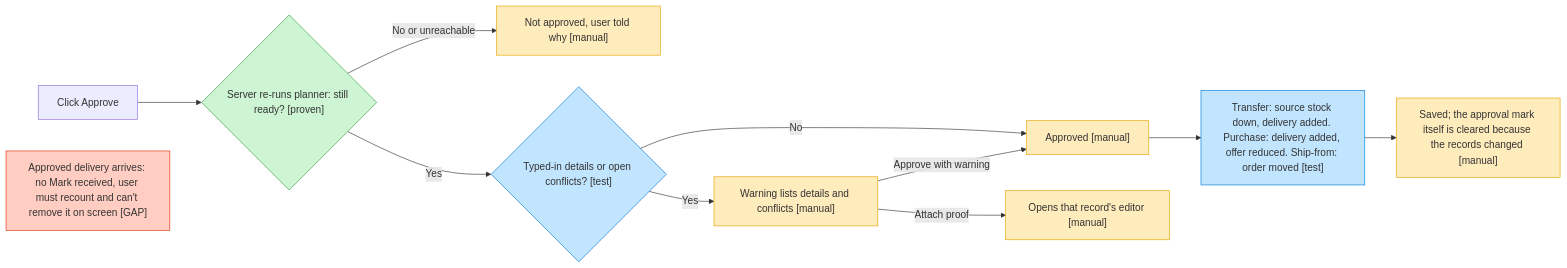
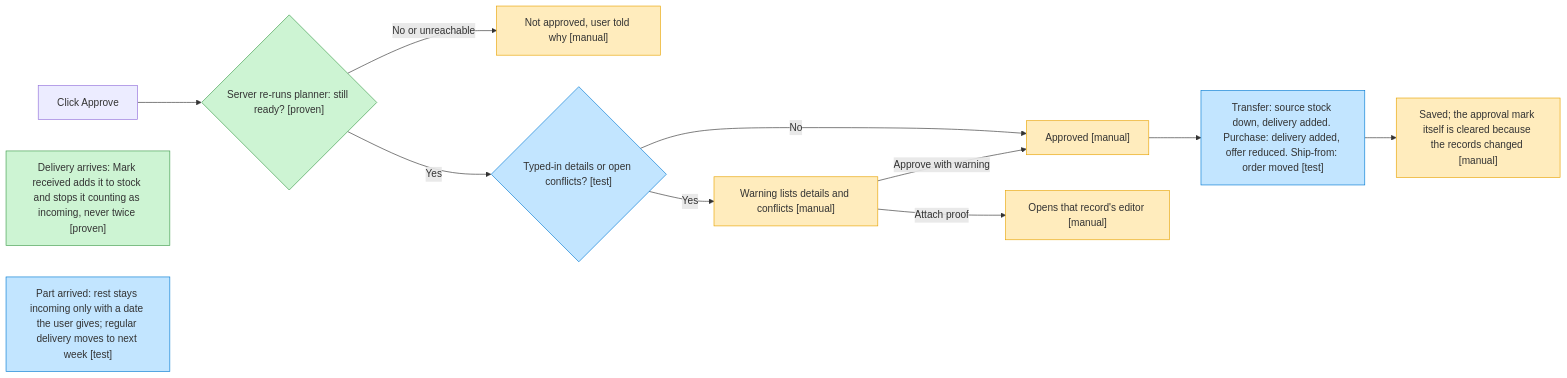
Before and after one commit to gouravhanumante/rehearsal-ai-builder-cup: the first of 7 diagrams in docs/07-bug-map.md, drawn with Mermaid. The commit also changed other lines of this file and 21 other files, not shown here.

Commit message:
Mark received (part arrived asks whether the rest is still coming and when; regular deliveries move to next week) and a read-only History of delays, approvals, receipts, orders, edits and imports

````diff
--- a/docs/07-bug-map.md
+++ b/docs/07-bug-map.md
@@ -16,21 +16,21 @@
 ```mermaid
 flowchart LR
   a["Click Approve"] --> s{"Server re-runs planner: still ready? [proven]"}
   s -->|"No or unreachable"| stop["Not approved, user told why [manual]"]
   s -->|"Yes"| c{"Typed-in details or open conflicts? [test]"}
   c -->|"No"| ok["Approved [manual]"]
   c -->|"Yes"| w["Warning lists details and conflicts [manual]"]
   w -->|"Approve with warning"| ok
   w -->|"Attach proof"| ed["Opens that record's editor [manual]"]
   ok --> ap["Transfer: source stock down, delivery added. Purchase: delivery added, offer reduced. Ship-from: order moved [test]"]
   ap --> keep["Saved; the approval mark itself is cleared because the records changed [manual]"]
-  rcv["Approved delivery arrives: no Mark received, user must recount and can't remove it on screen [GAP]"]
+  rcv["Delivery arrives: Mark received adds it to stock and stops it counting as incoming, never twice [proven]"]
+  part["Part arrived: rest stays incoming only with a date the user gives; regular delivery moves to next week [test]"]
   classDef proven fill:#CDF4D3,stroke:#3E9B4B
   classDef test fill:#C2E5FF,stroke:#007AD2
   classDef manual fill:#FFECBD,stroke:#E8A302
   classDef gap fill:#FFCDC2,stroke:#DC3009
-  class s proven
-  class c,ap test
+  class s,rcv proven
+  class c,ap,part test
   class stop,ok,w,ed,keep manual
-  class rcv gap
 ```
````
